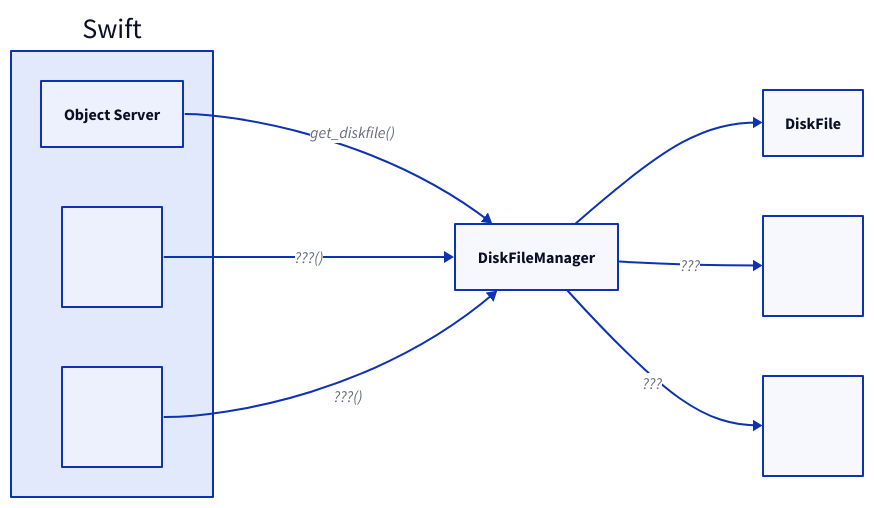
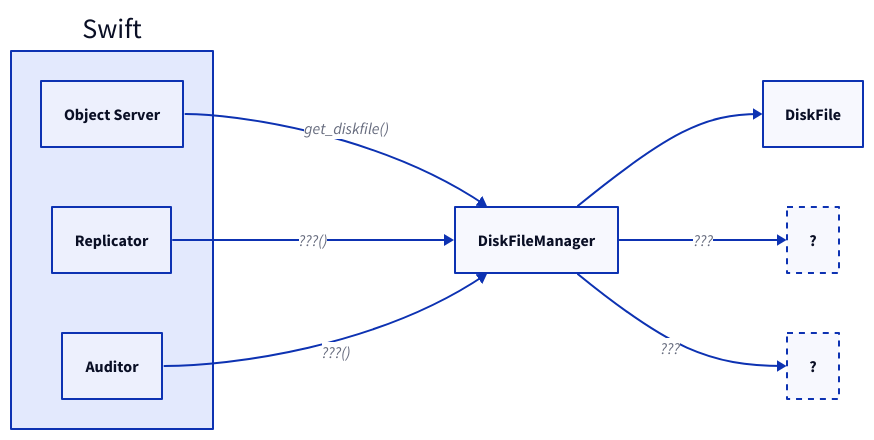
Before and after one commit to davidsaOpenu/swiftacular: the diagram in presentations/object-server/graphs/slide10.d2, drawn with D2. The commit also changed 13 other files, not shown here.

```diff
--- a/presentations/object-server/graphs/slide10.d2
+++ b/presentations/object-server/graphs/slide10.d2
@@ -1,19 +1,19 @@
 direction: right
 
 s: Swift {
   o: Object Server
-  c1: "" {shape: square}
-  c2: "" {shape: square}
+  c1: "Replicator"
+  c2: "Auditor"
 }
 
 m: DiskFileManager
 d: DiskFile
-a1: "" {shape: square}
-a2: "" {shape: square}
+a1: "?" {style.stroke-dash: 3}
+a2: "?" {style.stroke-dash: 3}
 
 s.o -> m: get_diskfile()
 s.c1 -> m: "???()"
 s.c2 -> m: "???()"
 m -> d
 m -> a1: "???"
 m -> a2: "???"
```
